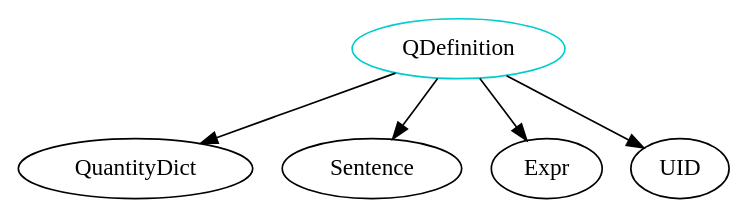
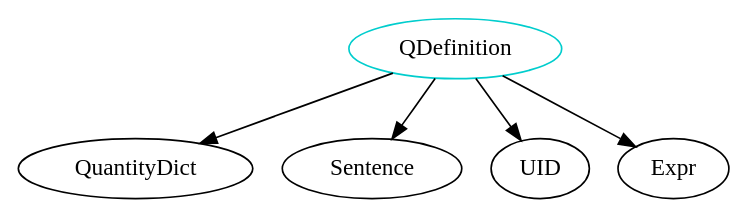
One commit to JacquesCarette/Drasil changed the diagram in analysis/TypeDependencyGraphs/lang/QDefinition.dot. Above: the diagram before and after it, drawn with Graphviz. The commit also changed other lines of this file and 556 other files, not shown here.

```diff
--- a/analysis/TypeDependencyGraphs/lang/QDefinition.dot
+++ b/analysis/TypeDependencyGraphs/lang/QDefinition.dot
@@ -1,7 +1,7 @@
 digraph qdefinition{
 QDefinition -> QuantityDict;
 QDefinition -> Sentence;
+QDefinition -> UID;
 QDefinition -> Expr;
-QDefinition -> UID;
 QDefinition	[shape=oval, color=cyan3, label="QDefinition"];
 }
```
